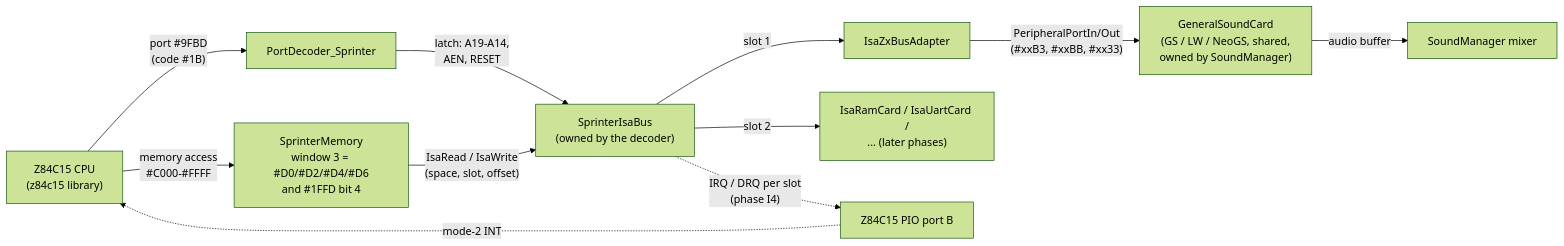
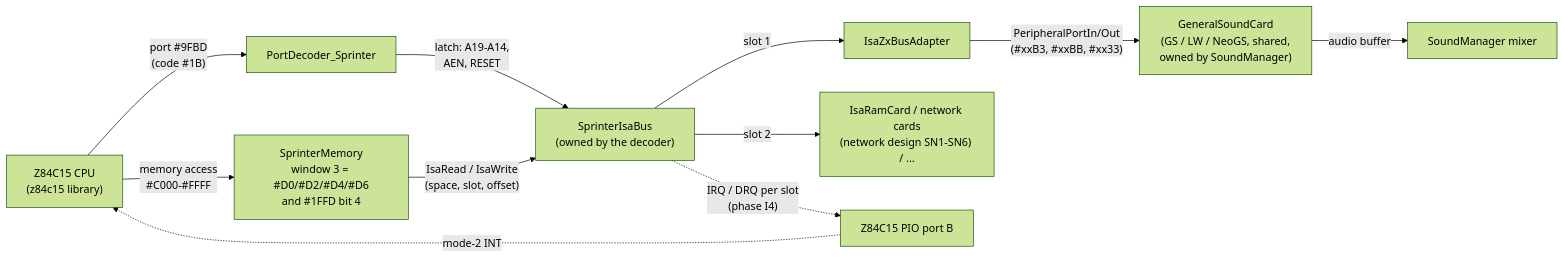
One commit to alfishe/unreal-ng changed the first of 2 diagrams in docs/inprogress/2026-10-02-sprinter-isa/tdd.md. Above: the diagram before and after it, drawn with Mermaid (forest theme). The commit also changed other lines of this file and 11 other files, not shown here.

First line of the commit message:
docs(sprinter): network adapters research and design (S6c): NE2000 Ethernet, SprinterESP, 3C509B, modem

````diff
--- a/docs/inprogress/2026-10-02-sprinter-isa/tdd.md
+++ b/docs/inprogress/2026-10-02-sprinter-isa/tdd.md
@@ -75,13 +75,13 @@
 ```mermaid
 flowchart LR
     Z80["Z84C15 CPU<br/>(z84c15 library)"] -- "memory access<br/>#C000-#FFFF" --> MEM["SprinterMemory<br/>window 3 = #D0/#D2/#D4/#D6<br/>and #1FFD bit 4"]
     Z80 -- "port #9FBD<br/>(code #1B)" --> DEC["PortDecoder_Sprinter"]
     DEC -- "latch: A19-A14,<br/>AEN, RESET" --> BUS
     MEM -- "IsaRead / IsaWrite<br/>(space, slot, offset)" --> BUS["SprinterIsaBus<br/>(owned by the decoder)"]
     BUS -- "slot 1" --> ZXA["IsaZxBusAdapter"]
-    BUS -- "slot 2" --> C2["IsaRamCard / IsaUartCard /<br/>... (later phases)"]
+    BUS -- "slot 2" --> C2["IsaRamCard / network cards<br/>(network design SN1-SN6) / ..."]
     ZXA -- "PeripheralPortIn/Out<br/>(#xxB3, #xxBB, #xx33)" --> GS["GeneralSoundCard<br/>(GS / LW / NeoGS, shared,<br/>owned by SoundManager)"]
     GS -- "audio buffer" --> SM["SoundManager mixer"]
     BUS -. "IRQ / DRQ per slot<br/>(phase I4)" .-> PIO["Z84C15 PIO port B"]
     PIO -. "mode-2 INT" .-> Z80
 ```
````
